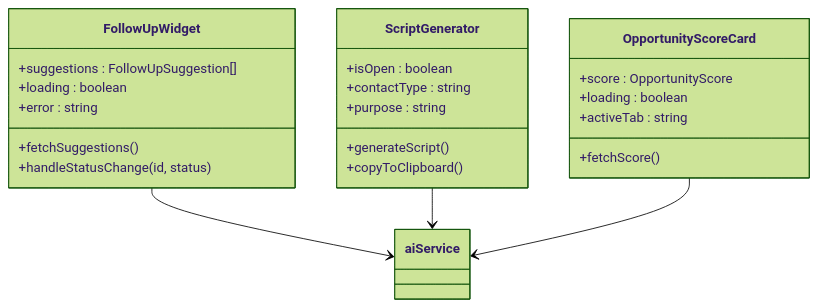
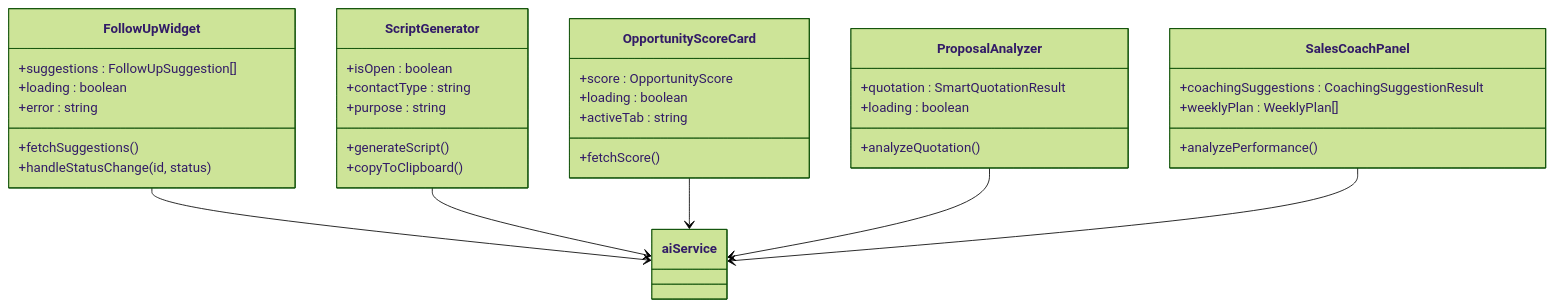
One commit to xianjianshenqu/SalesFlow-CRM changed the tenth of 14 diagrams in .qoder/repowiki/zh/content/AI服务.md. Above: the diagram before and after it, drawn with Mermaid (forest theme). The commit also changed other lines of this file and 9 other files, not shown here.

````diff
--- a/.qoder/repowiki/zh/content/AI服务.md
+++ b/.qoder/repowiki/zh/content/AI服务.md
@@ -369,26 +478,38 @@
 ```mermaid
 classDiagram
 class FollowUpWidget {
 +suggestions : FollowUpSuggestion[]
 +loading : boolean
 +error : string
 +fetchSuggestions()
 +handleStatusChange(id, status)
 }
 class ScriptGenerator {
 +isOpen : boolean
 +contactType : string
 +purpose : string
 +generateScript()
 +copyToClipboard()
 }
 class OpportunityScoreCard {
 +score : OpportunityScore
 +loading : boolean
 +activeTab : string
 +fetchScore()
 }
+class ProposalAnalyzer {
++quotation : SmartQuotationResult
++loading : boolean
++analyzeQuotation()
+}
+class SalesCoachPanel {
++coachingSuggestions : CoachingSuggestionResult
++weeklyPlan : WeeklyPlan[]
++analyzePerformance()
+}
 FollowUpWidget --> aiService
 ScriptGenerator --> aiService
 OpportunityScoreCard --> aiService
+ProposalAnalyzer --> aiService
+SalesCoachPanel --> aiService
 ```
````
